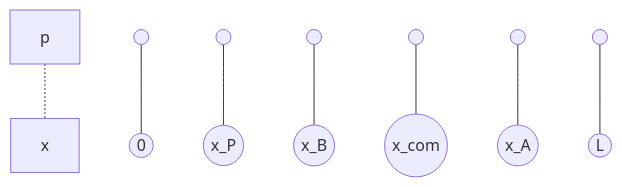
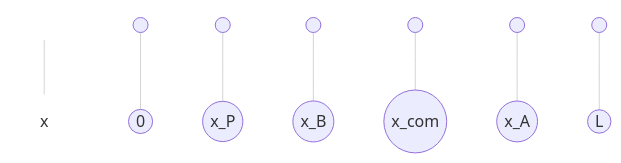
One commit to dudung/xeqn changed the diagram in src/0010.md. Above: the diagram before and after it, drawn with Mermaid. The commit also changed other lines of this file and 1 other file, not shown here.

```````diff
--- a/src/0010.md
+++ b/src/0010.md
@@ -2,22 +2,27 @@
 ```mermaid
 graph TD
-  p -.- x
+  Z1 --- Z2
   O --- E1
   P --- E2
   B --- E3
   C --- E4
   A --- E5
   L --- E6
+  Z1[" "]
+  Z2["x"]
   O((" "))
   P((" "))
   B((" "))
   C((" "))
   A((" "))
   L((" "))
   E1(("0"))
   E2(("x_P"))
   E3(("x_B"))
   E4(("x_com"))
   E5(("x_A"))
   E6(("L"))
+  style Z1 stroke:none,fill:none;
+  style Z2 stroke:none,fill:none;
+  linkStyle default fill:none,stroke-width:1px,stroke:lightgray;
 ``````
```````
